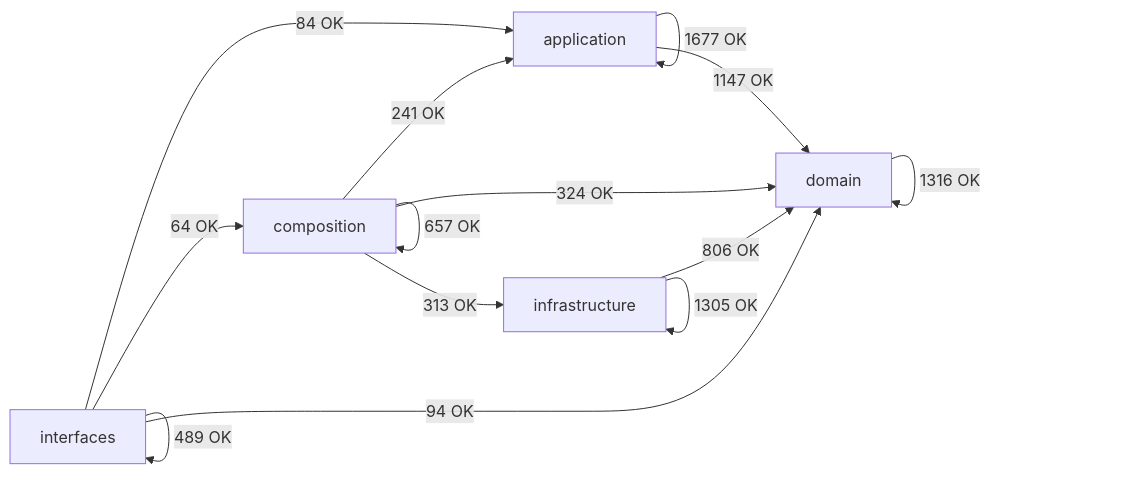
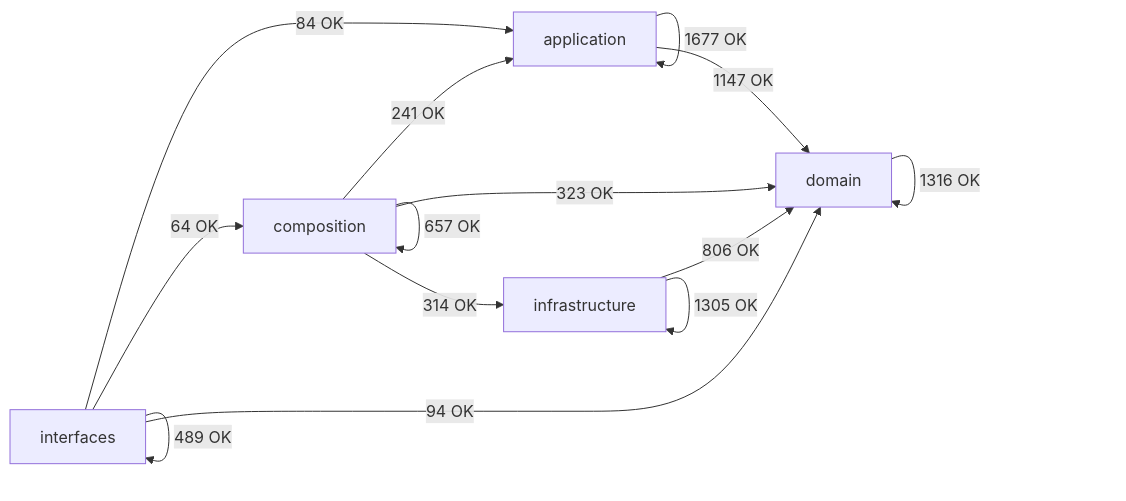
One commit to SatoryKono/BioactivityDataAcquisition changed the diagram in docs/02-architecture/generated/module-dependency-map.md. Above: the diagram before and after it, drawn with Mermaid. The commit also changed other lines of this file and 2 other files, not shown here.

````diff
--- a/docs/02-architecture/generated/module-dependency-map.md
+++ b/docs/02-architecture/generated/module-dependency-map.md
@@ -17,21 +17,21 @@
 ```mermaid
 flowchart LR
     domain[domain]
     application[application]
     infrastructure[infrastructure]
     composition[composition]
     interfaces[interfaces]
     application -->|1677 OK| application
     application -->|1147 OK| domain
     composition -->|241 OK| application
     composition -->|657 OK| composition
-    composition -->|324 OK| domain
-    composition -->|313 OK| infrastructure
+    composition -->|323 OK| domain
+    composition -->|314 OK| infrastructure
     domain -->|1316 OK| domain
     infrastructure -->|806 OK| domain
     infrastructure -->|1305 OK| infrastructure
     interfaces -->|84 OK| application
     interfaces -->|64 OK| composition
     interfaces -->|94 OK| domain
     interfaces -->|489 OK| interfaces
 ```
````
